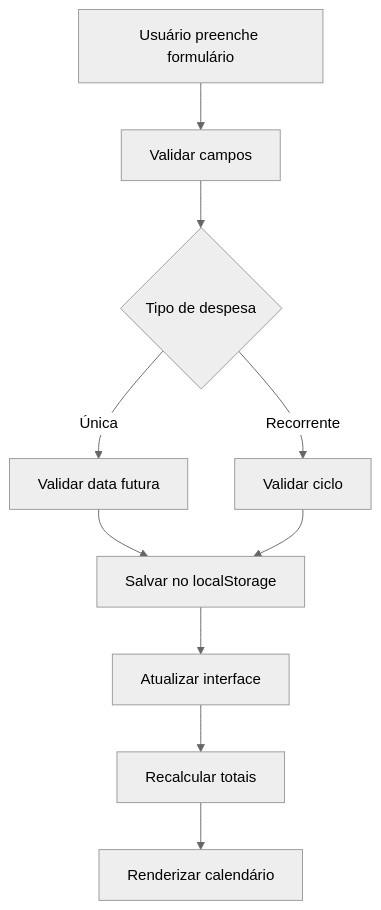
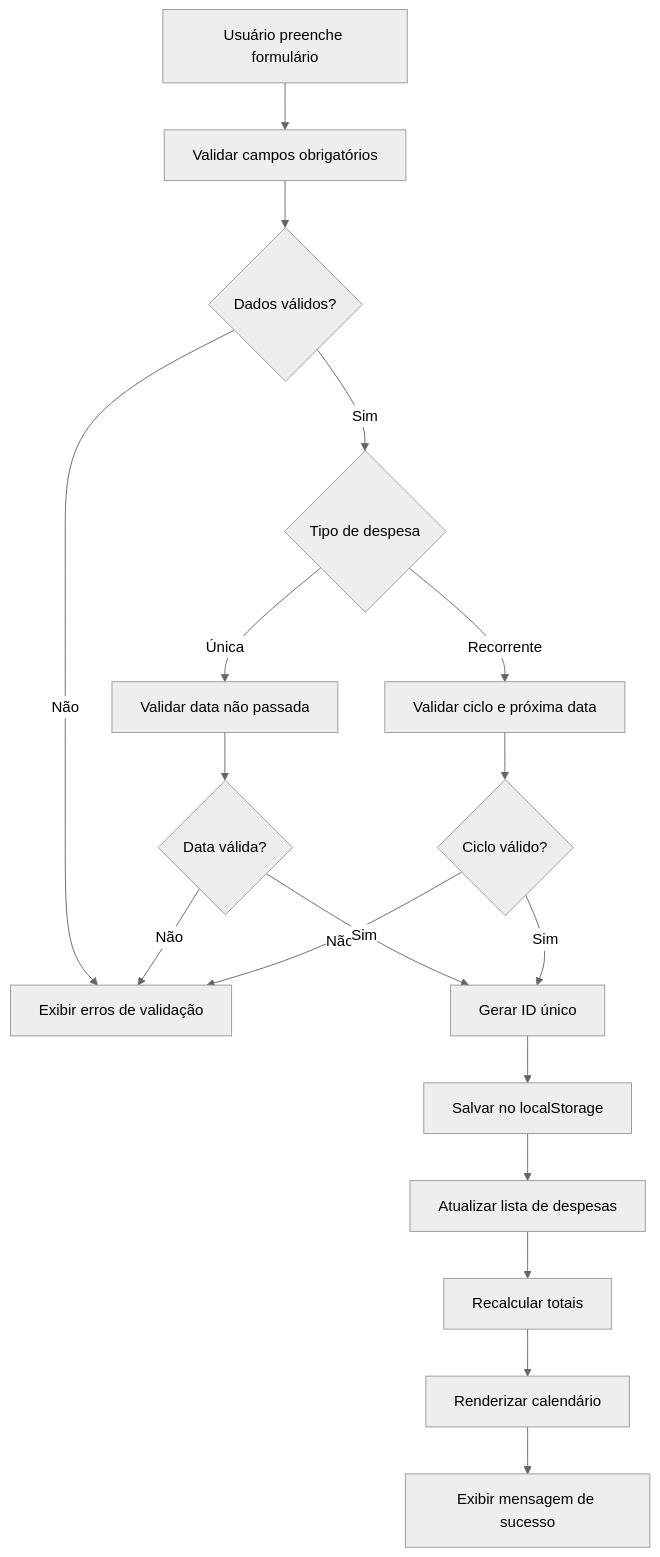
Before and after one commit to Edcleryton/projeto_portfolio_pessoal: the second of 2 diagrams in docs/documentacao-tecnica.md, drawn with Mermaid (neutral theme). The commit also changed other lines of this file and 5 other files, not shown here.

````diff
--- a/docs/documentacao-tecnica.md
+++ b/docs/documentacao-tecnica.md
@@ -97,12 +97,20 @@
 ```mermaid
 graph TD
-    A[Usuário preenche formulário] --> B[Validar campos]
-    B --> C{Tipo de despesa}
-    C -->|Única| D[Validar data futura]
-    C -->|Recorrente| E[Validar ciclo]
-    D --> F[Salvar no localStorage]
-    E --> F
-    F --> G[Atualizar interface]
-    G --> H[Recalcular totais]
-    H --> I[Renderizar calendário]
+    A[Usuário preenche formulário] --> B[Validar campos obrigatórios]
+    B --> C{Dados válidos?}
+    C -->|Não| D[Exibir erros de validação]
+    C -->|Sim| E{Tipo de despesa}
+    E -->|Única| F[Validar data não passada]
+    E -->|Recorrente| G[Validar ciclo e próxima data]
+    F --> H{Data válida?}
+    G --> I{Ciclo válido?}
+    H -->|Não| D
+    I -->|Não| D
+    H -->|Sim| J[Gerar ID único]
+    I -->|Sim| J
+    J --> K[Salvar no localStorage]
+    K --> L[Atualizar lista de despesas]
+    L --> M[Recalcular totais]
+    M --> N[Renderizar calendário]
+    N --> O[Exibir mensagem de sucesso]
 ```
````
